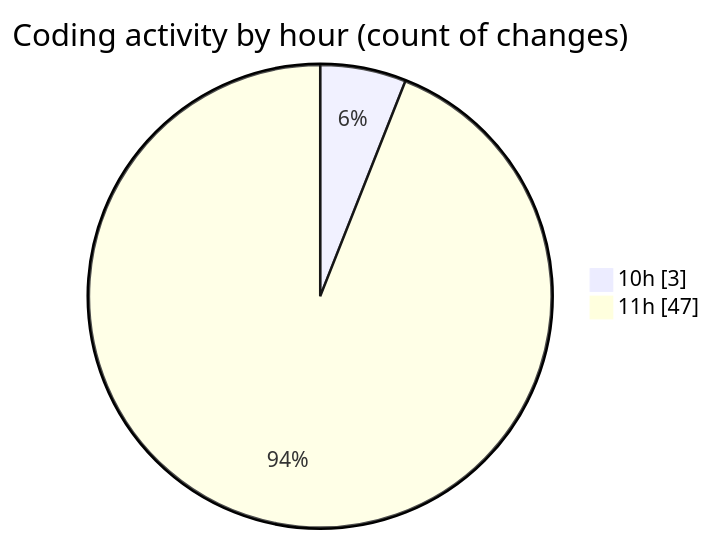
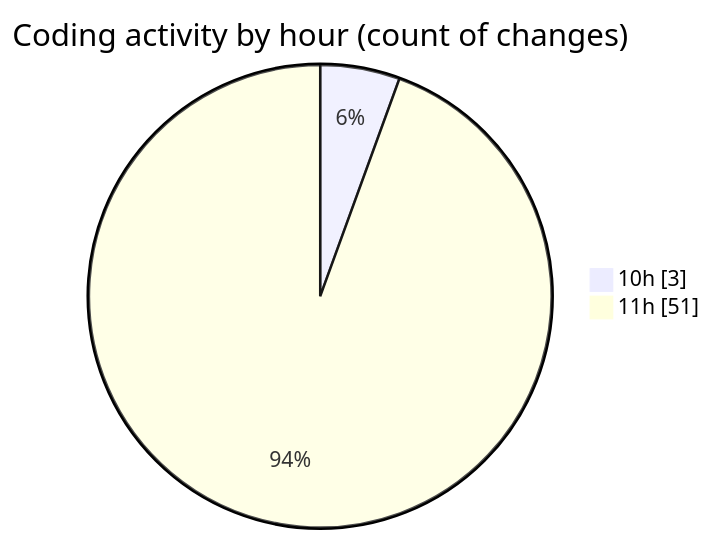
One commit to nxtqubesakshisongat/code-tracking changed the second of 2 diagrams in 2025-07-11/argos/README.md. Above: the diagram before and after it, drawn with Mermaid. The commit also changed other lines of this file and 1 other file, not shown here.

````diff
--- a/2025-07-11/argos/README.md
+++ b/2025-07-11/argos/README.md
@@ -32,6 +33,6 @@
 ```mermaid
 pie showData
 title Coding activity by hour (count of changes)
 "10h" : 3
-"11h" : 47
+"11h" : 51
 ```
````
